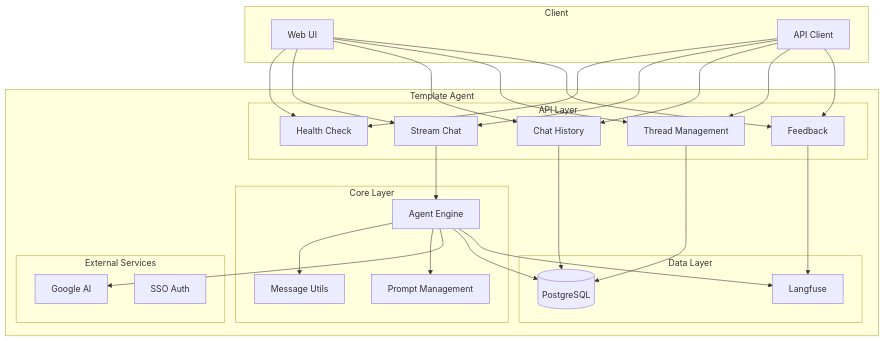
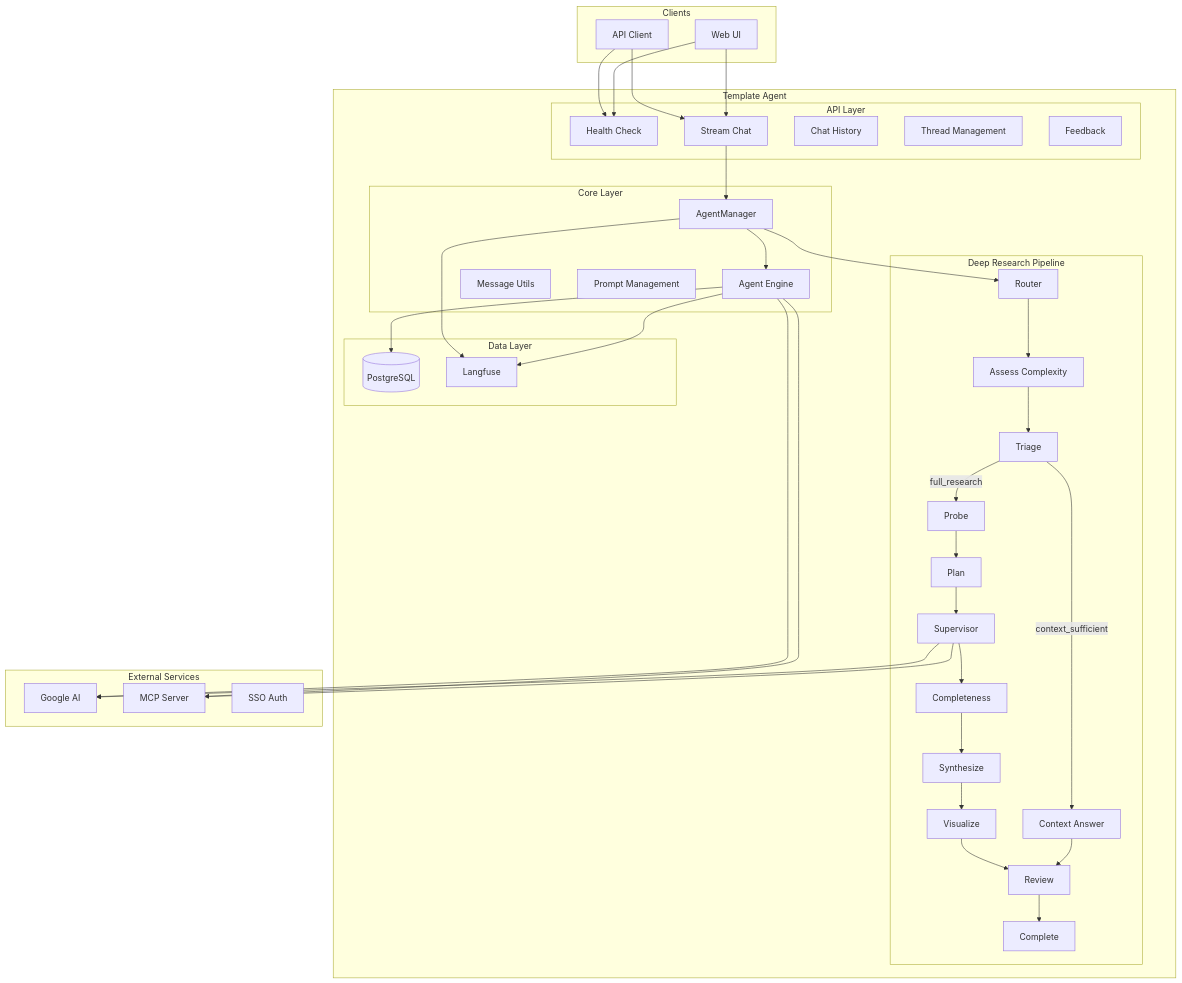
The diagram in README.md (redhat-data-and-ai/template-agent), drawn with Mermaid before and after one commit. The commit also changed other lines of this file and 40 other files, not shown here.

First line of the commit message:
feat: add generic deep research pipeline with multi-agent orchestration

````diff
--- a/README.md
+++ b/README.md
@@ -23,56 +25,80 @@
 ```mermaid
 graph TB
-    subgraph "Client"
+    subgraph clients [Clients]
         UI[Web UI]
         API[API Client]
     end
 
-    subgraph "Template Agent"
-        subgraph "API Layer"
+    subgraph agent [Template Agent]
+        subgraph apiLayer [API Layer]
             Health[Health Check]
             Stream[Stream Chat]
             History[Chat History]
             Threads[Thread Management]
             Feedback[Feedback]
         end
 
-        subgraph "Core Layer"
+        subgraph coreLayer [Core Layer]
             Agent[Agent Engine]
+            Manager[AgentManager]
             Utils[Message Utils]
             Prompt[Prompt Management]
         end
 
-        subgraph "Data Layer"
+        subgraph deepResearch [Deep Research Pipeline]
+            Router[Router]
+            Complexity[Assess Complexity]
+            Triage[Triage]
+            ContextAnswer[Context Answer]
+            Probe[Probe]
+            Plan[Plan]
+            Supervisor[Supervisor]
+            Completeness[Completeness]
+            Synthesize[Synthesize]
+            Visualize[Visualize]
+            Review[Review]
+            Complete[Complete]
+        end
+
+        subgraph dataLayer [Data Layer]
             DB[(PostgreSQL)]
             Langfuse[Langfuse]
         end
-
-        subgraph "External Services"
-            Google[Google AI]
-            SSO[SSO Auth]
-        end
     end
 
+    subgraph external [External Services]
+        Google[Google AI]
+        MCP[MCP Server]
+        SSO[SSO Auth]
+    end
+
+    UI --> Stream
     UI --> Health
-    UI --> Stream
-    UI --> History
-    UI --> Threads
-    UI --> Feedback
+    API --> Stream
+    API --> Health
 
-    API --> Health
-    API --> Stream
-    API --> History
-    API --> Threads
-    API --> Feedback
+    Stream --> Manager
+    Manager --> Agent
+    Manager --> Router
 
-    Stream --> Agent
-    Agent --> Utils
-    Agent --> Prompt
+    Router --> Complexity
+    Complexity --> Triage
+    Triage -->|context_sufficient| ContextAnswer
+    Triage -->|full_research| Probe
+    ContextAnswer --> Review
+    Probe --> Plan
+    Plan --> Supervisor
+    Supervisor --> Completeness
+    Completeness --> Synthesize
+    Synthesize --> Visualize
+    Visualize --> Review
+    Review --> Complete
+
+    Supervisor --> MCP
+    Agent --> MCP
     Agent --> Google
-
-    History --> DB
-    Threads --> DB
+    Supervisor --> Google
+    Agent --> Langfuse
+    Manager --> Langfuse
     Agent --> DB
-    Agent --> Langfuse
-    Feedback --> Langfuse
 ```
````
